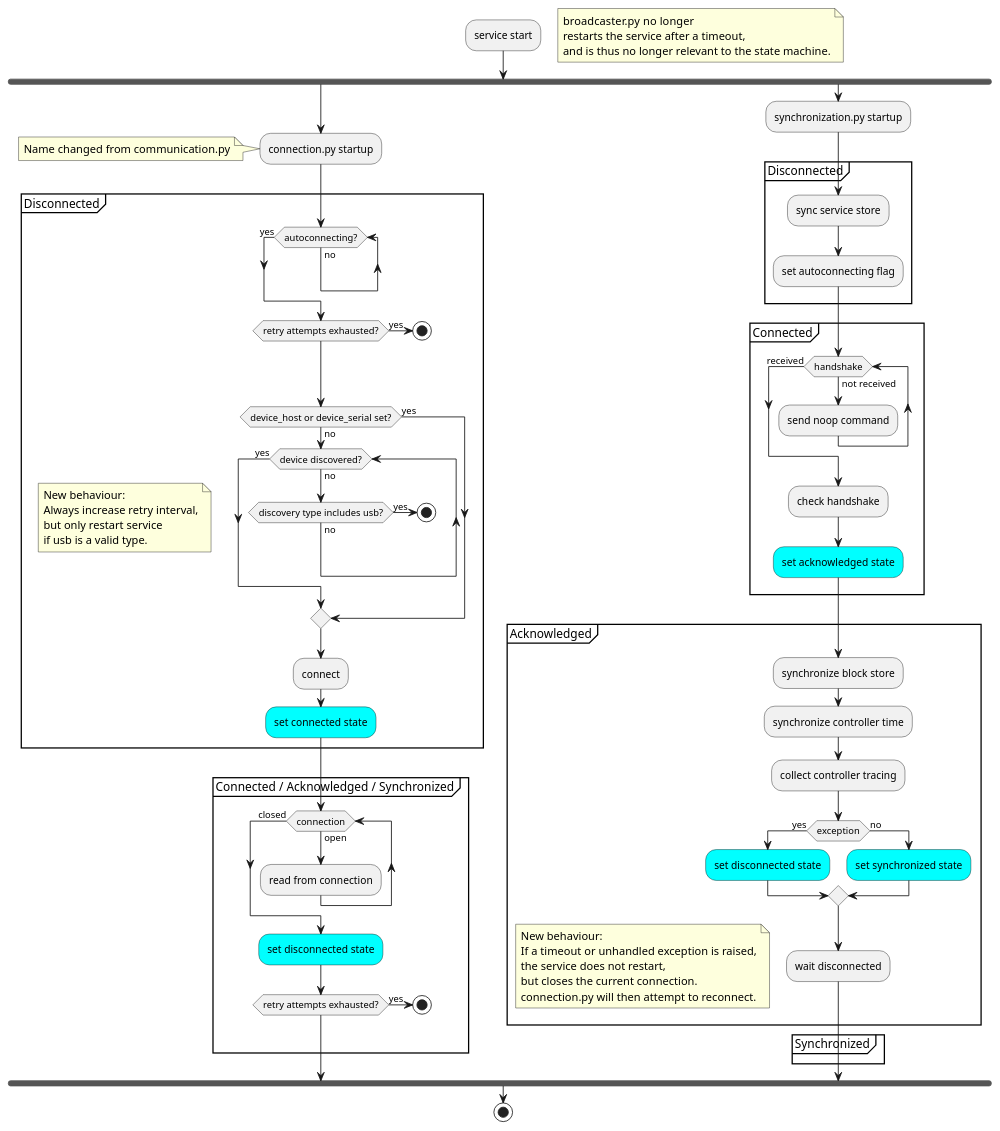
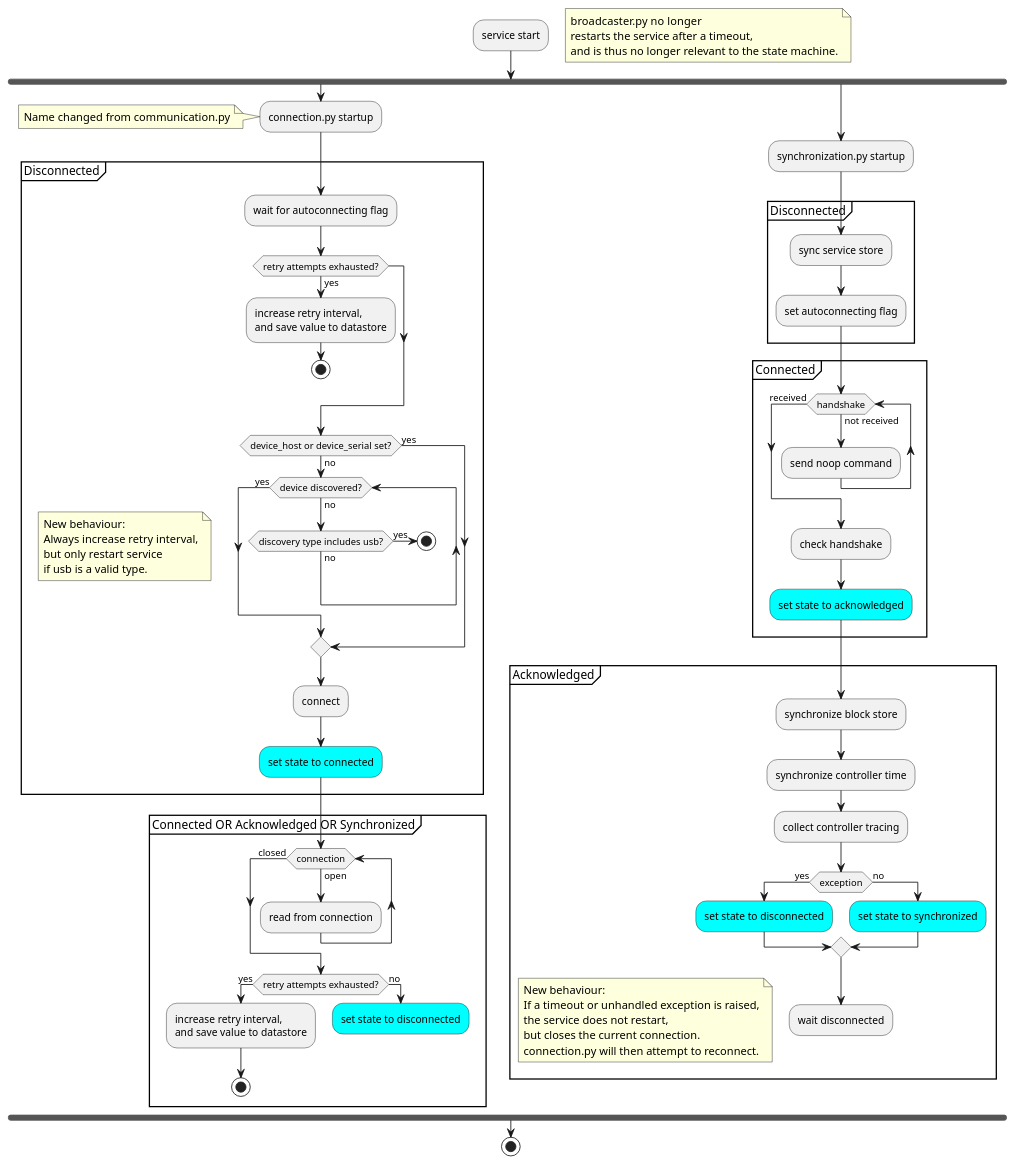
One commit to BrewBlox/brewblox-documentation changed the second of 2 diagrams in docs/dev/decisions/20201008_devcon_connect_states.md. Above: the diagram before and after it, drawn with PlantUML. The commit also changed other lines of this file, not shown here.

Commit message:
tweak diagrams

```diff
--- a/docs/dev/decisions/20201008_devcon_connect_states.md
+++ b/docs/dev/decisions/20201008_devcon_connect_states.md
@@ -204,9 +213,10 @@
     :connection.py startup;
     note: Name changed from communication.py
     partition Disconnected {
-        while (autoconnecting?) is (no)
-        endwhile (yes)
+        :wait for autoconnecting flag;
         if (retry attempts exhausted?) then (yes)
+            :increase retry interval,
+            and save value to datastore;
             stop
         endif
         if (device_host or device_serial set?) then (yes)
@@ -225,15 +235,19 @@
             endwhile (yes)
         endif
         :connect;
-        #cyan:set connected state;
+        #cyan:set state to connected;
     }
-    partition "Connected / Acknowledged / Synchronized" {
+    partition "Connected OR Acknowledged OR Synchronized" {
         while (connection) is (open)
             :read from connection;
         endwhile (closed)
-        #cyan:set disconnected state;
         if (retry attempts exhausted?) then (yes)
+            :increase retry interval,
+            and save value to datastore;
             stop
+        else (no)
+            #cyan:set state to disconnected;
+            detach
         endif
     }
 
@@ -248,16 +262,16 @@
             :send noop command;
         endwhile (received)
         :check handshake;
-        #cyan:set acknowledged state;
+        #cyan:set state to acknowledged;
     }
     partition Acknowledged {
         :synchronize block store;
         :synchronize controller time;
         :collect controller tracing;
         if (exception) then (yes)
-            #cyan:set disconnected state;
+            #cyan:set state to disconnected;
         else (no)
-            #cyan:set synchronized state;
+            #cyan:set state to synchronized;
         endif
         :wait disconnected;
         floating note
@@ -268,9 +282,7 @@
             connection.py will then attempt to reconnect.
         end note
     }
-    partition Synchronized {
-        
-    }
+    detach
 
 endfork
 
```
